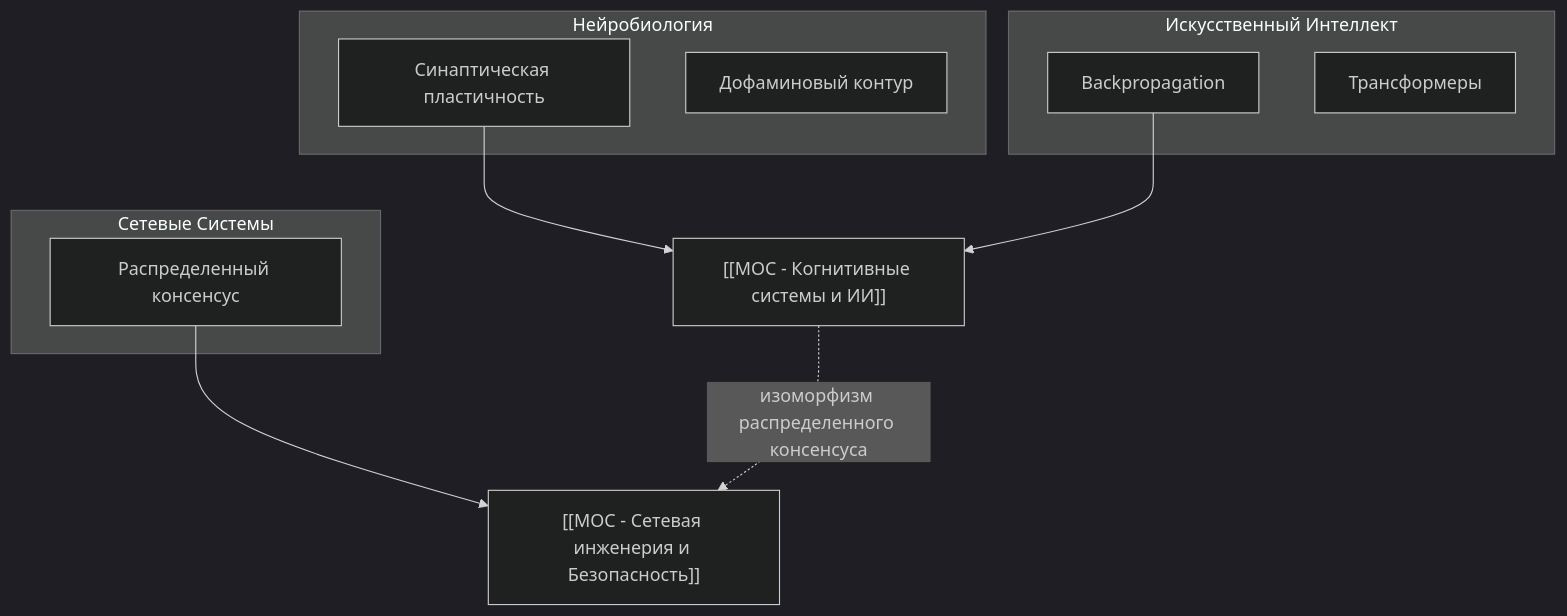
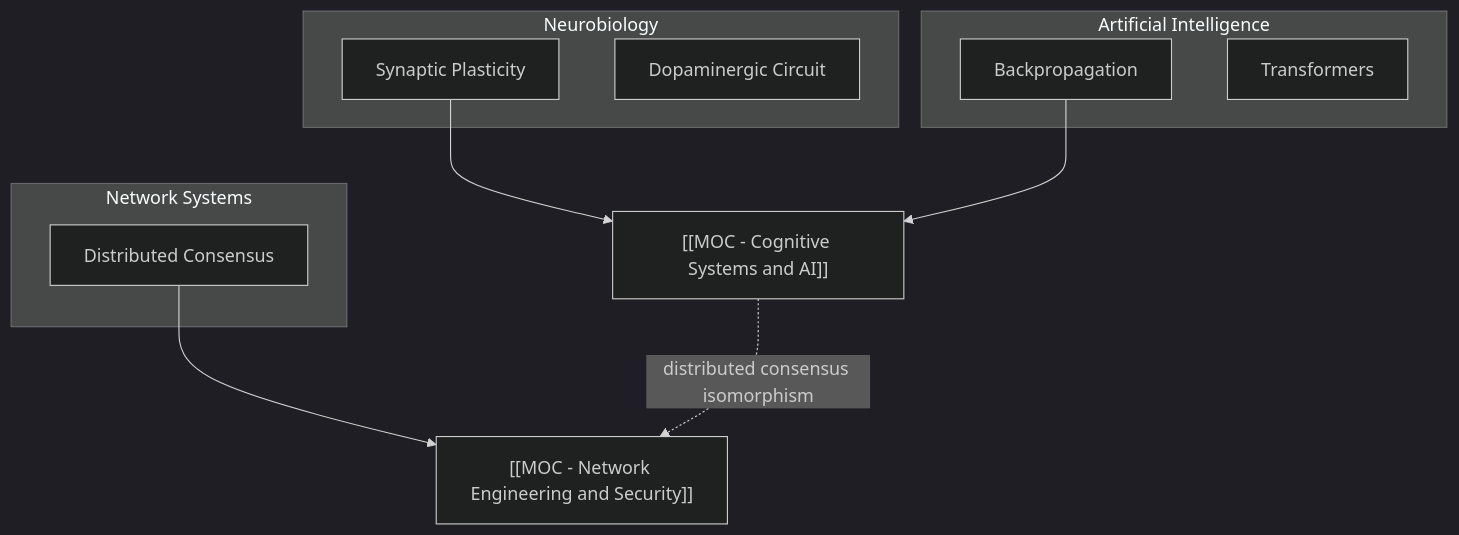
One commit to vnkdevelop/knowledge-brain changed the diagram in examples/example-dashboard.md. Above: the diagram before and after it, drawn with Mermaid (dark theme). The commit also changed other lines of this file and 9 other files, not shown here.

````diff
--- a/examples/example-dashboard.md
+++ b/examples/example-dashboard.md
@@ -57,23 +57,23 @@
 ```mermaid
 graph TD
-    subgraph "Нейробиология"
-        N1["Синаптическая пластичность"]
-        N2["Дофаминовый контур"]
+    subgraph "Neurobiology"
+        N1["Synaptic Plasticity"]
+        N2["Dopaminergic Circuit"]
     end
-    subgraph "Искусственный Интеллект"
+    subgraph "Artificial Intelligence"
         AI1["Backpropagation"]
-        AI2["Трансформеры"]
+        AI2["Transformers"]
     end
-    subgraph "Сетевые Системы"
-        NET1["Распределенный консенсус"]
+    subgraph "Network Systems"
+        NET1["Distributed Consensus"]
     end
 
-    MOC_COG["[[MOC - Когнитивные системы и ИИ]]"]
-    MOC_NET["[[MOC - Сетевая инженерия и Безопасность]]"]
+    MOC_COG["[[MOC - Cognitive Systems and AI]]"]
+    MOC_NET["[[MOC - Network Engineering and Security]]"]
 
     N1 --> MOC_COG
     AI1 --> MOC_COG
     NET1 --> MOC_NET
 
-    MOC_COG -.->|изоморфизм распределенного консенсуса| MOC_NET
+    MOC_COG -.->|distributed consensus isomorphism| MOC_NET
 ```
````
